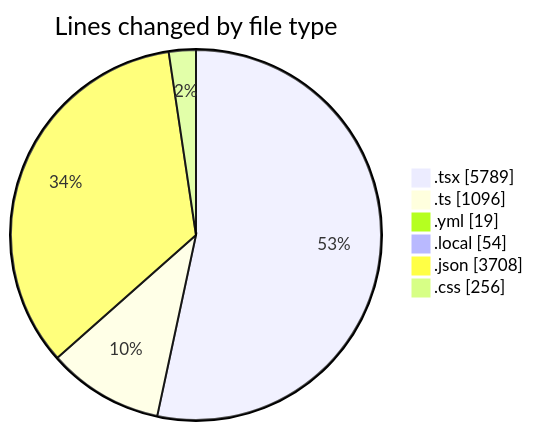
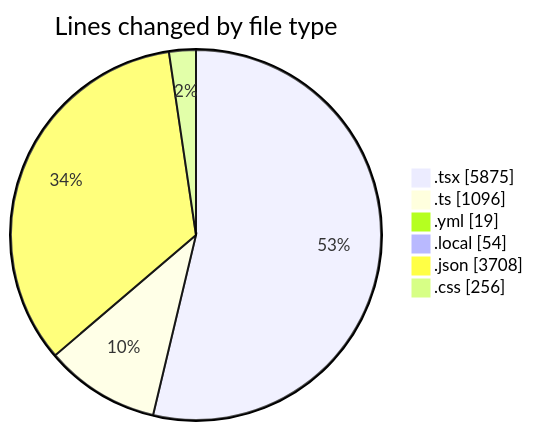
The first of 2 diagrams in 2025-11-18/eventscop-frontend-guide__workspace_/README.md (julien-gomy/code-tracking), drawn with Mermaid before and after one commit. The commit also changed other lines of this file and 1 other file, not shown here.

````diff
--- a/2025-11-18/eventscop-frontend-guide__workspace_/README.md
+++ b/2025-11-18/eventscop-frontend-guide__workspace_/README.md
@@ -76,10 +77,10 @@
 ```mermaid
 pie showData
 title Lines changed by file type
-".tsx" : 5789
+".tsx" : 5875
 ".ts" : 1096
 ".yml" : 19
 ".local" : 54
 ".json" : 3708
 ".css" : 256
 ```
````
